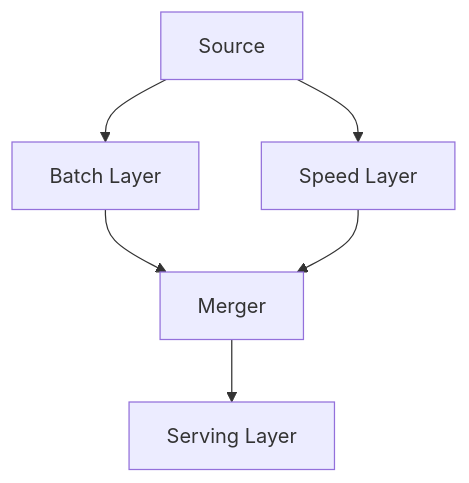
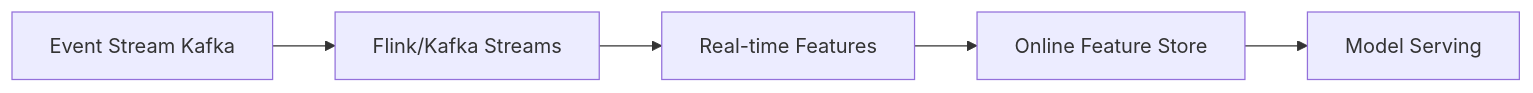
One commit to vanos001/placement_prep changed the third of 3 diagrams in src/ml/system-design/data-pipeline.md. Above: the diagram before and after it, drawn with Mermaid. The commit also changed other lines of this file and 13 other files, not shown here.

````diff
--- a/src/ml/system-design/data-pipeline.md
+++ b/src/ml/system-design/data-pipeline.md
@@ -90,8 +35,7 @@
 ```mermaid
-graph TB
-    S[Source] --> B[Batch Layer]
-    S --> S2[Speed Layer]
-    B --> M[Merger]
-    S2 --> M
-    M --> S3[Serving Layer]
+graph LR
+    A[Event Stream Kafka] --> B[Flink/Kafka Streams]
+    B --> C[Real-time Features]
+    C --> D[Online Feature Store]
+    D --> E[Model Serving]
 ```
````
